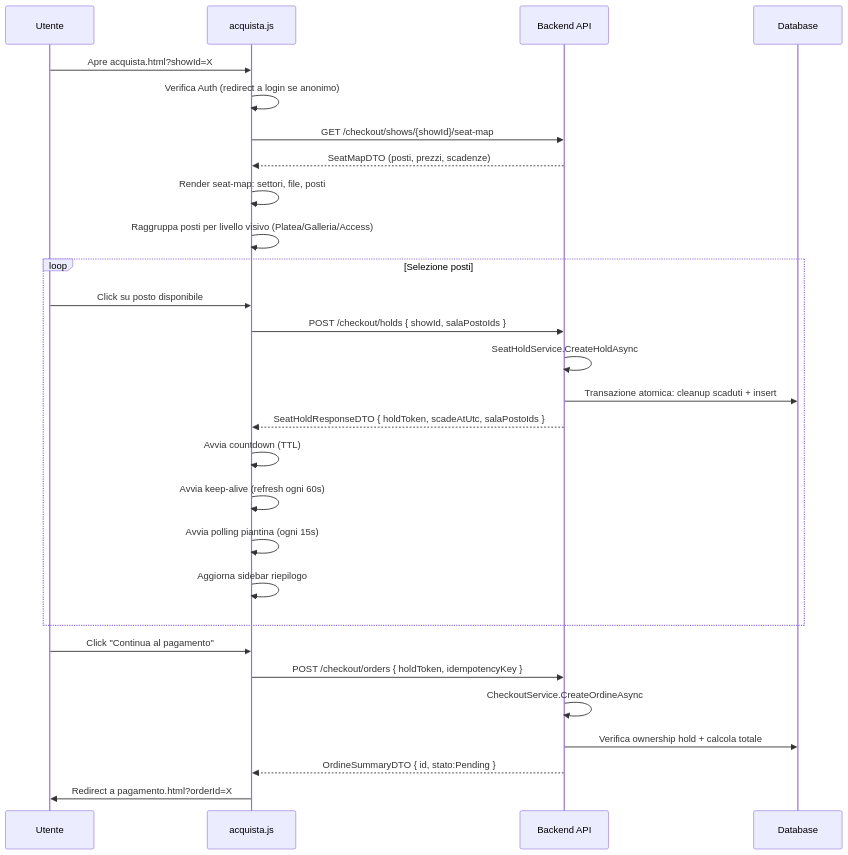
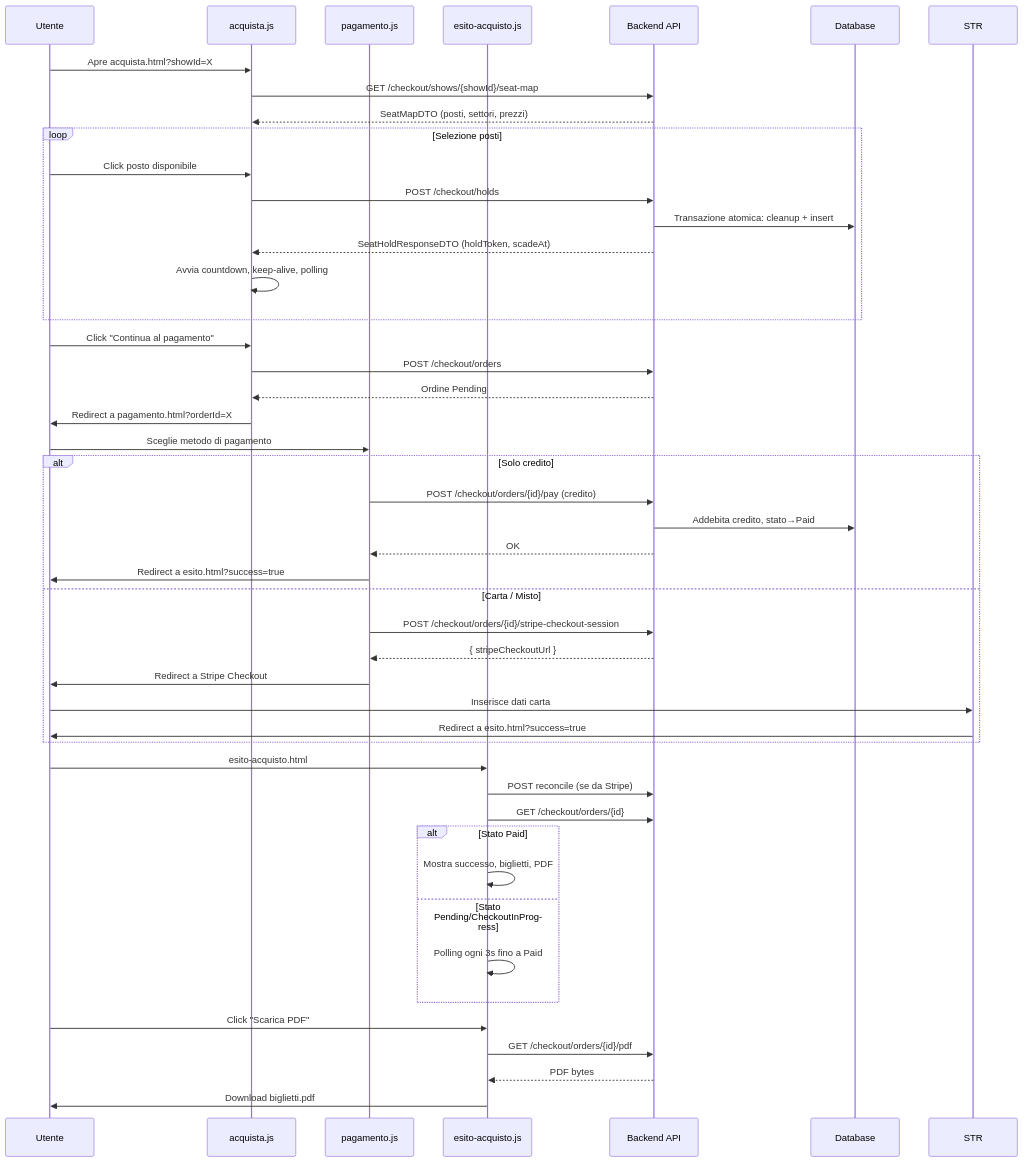
The first of 2 diagrams in film-app-dev_iteration_4/presentazione/05-acquisto-biglietti.md (RizzoThomas/esercizioopencodefilm), drawn with Mermaid before and after one commit. The commit also changed other lines of this file and 10 other files, not shown here.

Commit message:
docs: enhance presentazione with tables, pie charts, and detailed workflows

````diff
--- a/film-app-dev_iteration_4/presentazione/05-acquisto-biglietti.md
+++ b/film-app-dev_iteration_4/presentazione/05-acquisto-biglietti.md
@@ -33,35 +21,56 @@
 ```mermaid
 sequenceDiagram
     participant U as Utente
     participant ACQ as acquista.js
+    participant PAG as pagamento.js
+    participant ES as esito-acquisto.js
     participant API as Backend API
     participant DB as Database
 
     U->>ACQ: Apre acquista.html?showId=X
-    ACQ->>ACQ: Verifica Auth (redirect a login se anonimo)
     ACQ->>API: GET /checkout/shows/{showId}/seat-map
-    API-->>ACQ: SeatMapDTO (posti, prezzi, scadenze)
-
-    ACQ->>ACQ: Render seat-map: settori, file, posti
-    ACQ->>ACQ: Raggruppa posti per livello visivo (Platea/Galleria/Access)
+    API-->>ACQ: SeatMapDTO (posti, settori, prezzi)
 
     loop Selezione posti
-        U->>ACQ: Click su posto disponibile
-        ACQ->>API: POST /checkout/holds { showId, salaPostoIds }
-        API->>API: SeatHoldService.CreateHoldAsync
-        API->>DB: Transazione atomica: cleanup scaduti + insert
-        API-->>ACQ: SeatHoldResponseDTO { holdToken, scadeAtUtc, salaPostoIds }
-        ACQ->>ACQ: Avvia countdown (TTL)
-        ACQ->>ACQ: Avvia keep-alive (refresh ogni 60s)
-        ACQ->>ACQ: Avvia polling piantina (ogni 15s)
-        ACQ->>ACQ: Aggiorna sidebar riepilogo
+        U->>ACQ: Click posto disponibile
+        ACQ->>API: POST /checkout/holds
+        API->>DB: Transazione atomica: cleanup + insert
+        API-->>ACQ: SeatHoldResponseDTO (holdToken, scadeAt)
+        ACQ->>ACQ: Avvia countdown, keep-alive, polling
     end
 
     U->>ACQ: Click "Continua al pagamento"
-    ACQ->>API: POST /checkout/orders { holdToken, idempotencyKey }
-    API->>API: CheckoutService.CreateOrdineAsync
-    API->>DB: Verifica ownership hold + calcola totale
-    API-->>ACQ: OrdineSummaryDTO { id, stato:Pending }
+    ACQ->>API: POST /checkout/orders
+    API-->>ACQ: Ordine Pending
+    ACQ->>U: Redirect a pagamento.html?orderId=X
 
-    ACQ->>U: Redirect a pagamento.html?orderId=X
+    U->>PAG: Sceglie metodo di pagamento
+    
+    Alt Solo credito
+        PAG->>API: POST /checkout/orders/{id}/pay (credito)
+        API->>DB: Addebita credito, stato→Paid
+        API-->>PAG: OK
+        PAG->>U: Redirect a esito.html?success=true
+    Else Carta / Misto
+        PAG->>API: POST /checkout/orders/{id}/stripe-checkout-session
+        API-->>PAG: { stripeCheckoutUrl }
+        PAG->>U: Redirect a Stripe Checkout
+        U->>STR: Inserisce dati carta
+        STR->>U: Redirect a esito.html?success=true
+    End
+
+    U->>ES: esito-acquisto.html
+    ES->>API: POST reconcile (se da Stripe)
+    ES->>API: GET /checkout/orders/{id}
+    
+    Alt Stato Paid
+        ES->>ES: Mostra successo, biglietti, PDF
+    Else Stato Pending/CheckoutInProgress
+        ES->>ES: Polling ogni 3s fino a Paid
+    End
+    
+    U->>ES: Click "Scarica PDF"
+    ES->>API: GET /checkout/orders/{id}/pdf
+    API-->>ES: PDF bytes
+    ES->>U: Download biglietti.pdf
 ```
````
